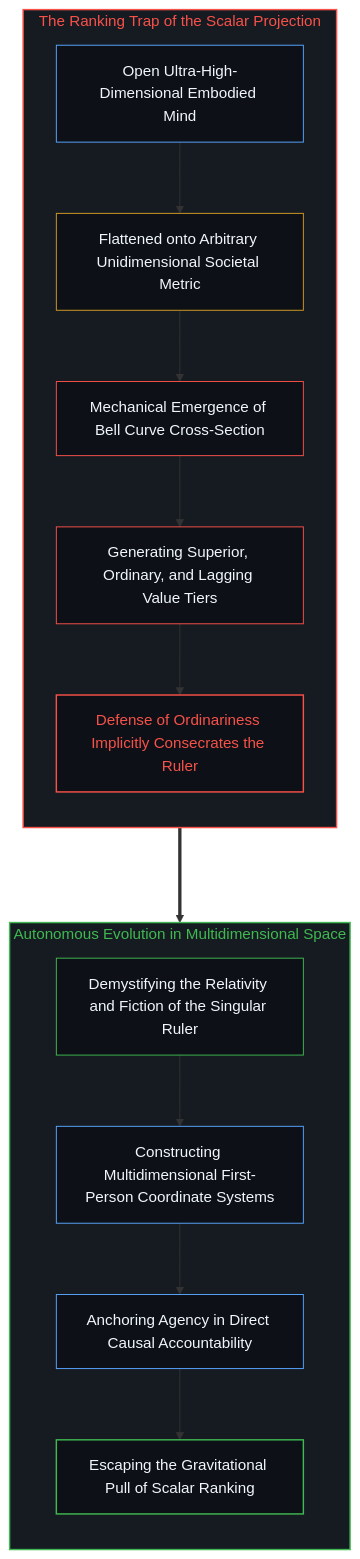
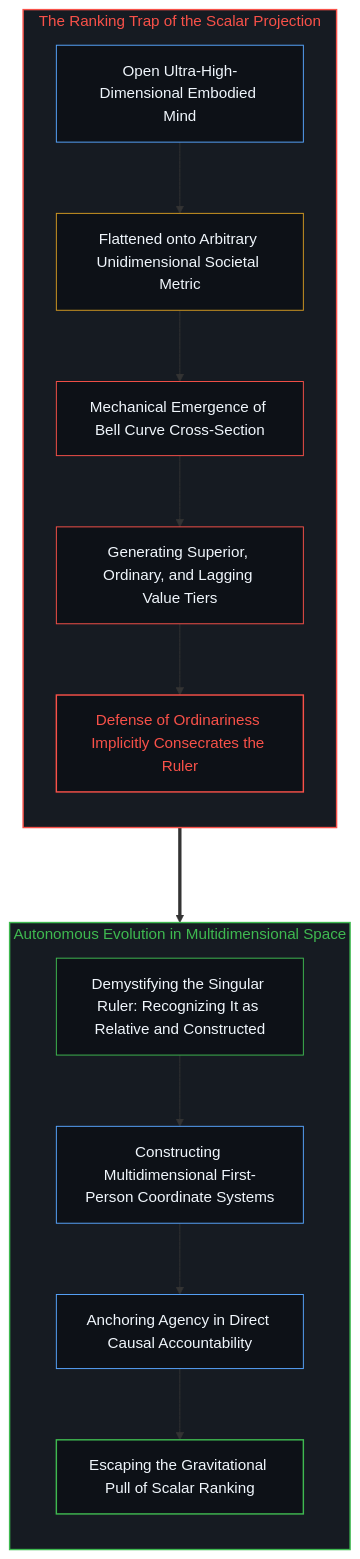
One commit to powerpig99/not-a-toe changed the tenth of 10 diagrams in content/posts/the-explanatory-trap-of-the-ordinary-perspective.md. Above: the diagram before and after it, drawn with Mermaid. The commit also changed other lines of this file and 4 other files, not shown here.

````diff
--- a/content/posts/the-explanatory-trap-of-the-ordinary-perspective.md
+++ b/content/posts/the-explanatory-trap-of-the-ordinary-perspective.md
@@ -316,28 +316,28 @@
 ```mermaid
 flowchart TD
     subgraph S_ScalarTrap_EN ["The Ranking Trap of the Scalar Projection"]
         direction TB
         PE_HighDim["Open Ultra-High-Dimensional Embodied Mind"] --> PE_Project["Flattened onto Arbitrary Unidimensional Societal Metric"]
         PE_Project --> PE_Bell["Mechanical Emergence of Bell Curve Cross-Section"]
         PE_Bell --> PE_Rank["Generating Superior, Ordinary, and Lagging Value Tiers"]
         PE_Rank --> PE_Validate["Defense of Ordinariness Implicitly Consecrates the Ruler"]
     end
     subgraph S_MultidimSovereign_EN ["Autonomous Evolution in Multidimensional Space"]
         direction TB
-        SE_Deconstruct["Demystifying the Relativity and Fiction of the Singular Ruler"] --> SE_Orthogonal["Constructing Multidimensional First-Person Coordinate Systems"]
+        SE_Deconstruct["Demystifying the Singular Ruler: Recognizing It as Relative and Constructed"] --> SE_Orthogonal["Constructing Multidimensional First-Person Coordinate Systems"]
         SE_Orthogonal --> SE_Ground["Anchoring Agency in Direct Causal Accountability"]
         SE_Ground --> SE_Aliveness["Escaping the Gravitational Pull of Scalar Ranking"]
     end
     PE_Validate ===> SE_Deconstruct
     style S_ScalarTrap_EN fill:#161b22,stroke:#f85149,stroke-width:1.5px,color:#f85149
     style S_MultidimSovereign_EN fill:#161b22,stroke:#3fb950,stroke-width:1.5px,color:#3fb950
     style PE_HighDim fill:#0d1117,stroke:#58a6ff,stroke-width:1px,color:#f0f6fc
     style PE_Project fill:#0d1117,stroke:#d29922,stroke-width:1px,color:#f0f6fc
     style PE_Bell fill:#0d1117,stroke:#f85149,stroke-width:1px,color:#f0f6fc
     style PE_Rank fill:#0d1117,stroke:#f85149,stroke-width:1px,color:#f0f6fc
     style PE_Validate fill:#0d1117,stroke:#f85149,stroke-width:1.5px,color:#f85149
     style SE_Deconstruct fill:#0d1117,stroke:#3fb950,stroke-width:1px,color:#f0f6fc
     style SE_Orthogonal fill:#0d1117,stroke:#58a6ff,stroke-width:1px,color:#f0f6fc
     style SE_Ground fill:#0d1117,stroke:#58a6ff,stroke-width:1px,color:#f0f6fc
     style SE_Aliveness fill:#0d1117,stroke:#3fb950,stroke-width:1.5px,color:#f0f6fc
 ```
````
